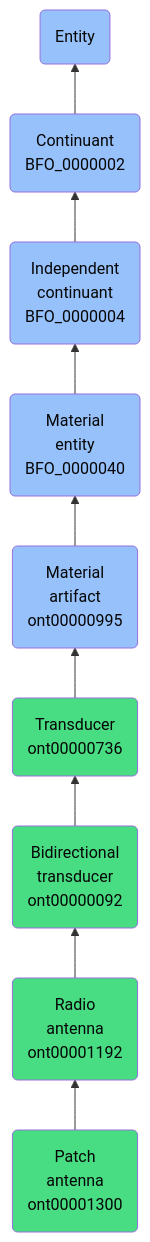
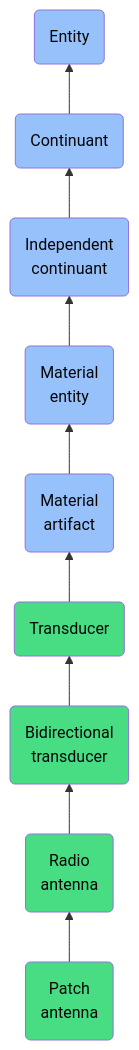
The diagram in docs/ontology/reference/model/Entity/Continuant/Independent continuant/Material entity/Material artifact/Transducer/Bidirectional transducer/Radio antenna/Patch antenna/Patch antenna.md (jupyter-naas/abi), drawn with Mermaid before and after one commit. The commit also changed other lines of this file and 1430 other files, not shown here.

````diff
--- a/docs/ontology/reference/model/Entity/Continuant/Independent continuant/Material entity/Material artifact/Transducer/Bidirectional transducer/Radio antenna/Patch antenna/Patch antenna.md
+++ b/docs/ontology/reference/model/Entity/Continuant/Independent continuant/Material entity/Material artifact/Transducer/Bidirectional transducer/Radio antenna/Patch antenna/Patch antenna.md
@@ -25,16 +25,16 @@
 ```mermaid
 graph BT
-    ont00001300(Patch<br>antenna<br>ont00001300):::ABI-->ont00001192
-    ont00001192(Radio<br>antenna<br>ont00001192):::ABI-->ont00000092
-    ont00000092(Bidirectional<br>transducer<br>ont00000092):::ABI-->ont00000736
-    ont00000736(Transducer<br>ont00000736):::ABI-->ont00000995
-    ont00000995(Material<br>artifact<br>ont00000995):::BFO-->BFO_0000040
-    BFO_0000040(Material<br>entity<br>BFO_0000040):::BFO-->BFO_0000004
-    BFO_0000004(Independent<br>continuant<br>BFO_0000004):::BFO-->BFO_0000002
-    BFO_0000002(Continuant<br>BFO_0000002):::BFO-->BFO_0000001
+    ont00001300(Patch<br>antenna):::ABI-->ont00001192
+    ont00001192(Radio<br>antenna):::ABI-->ont00000092
+    ont00000092(Bidirectional<br>transducer):::ABI-->ont00000736
+    ont00000736(Transducer):::ABI-->ont00000995
+    ont00000995(Material<br>artifact):::BFO-->BFO_0000040
+    BFO_0000040(Material<br>entity):::BFO-->BFO_0000004
+    BFO_0000004(Independent<br>continuant):::BFO-->BFO_0000002
+    BFO_0000002(Continuant):::BFO-->BFO_0000001
     BFO_0000001(Entity):::BFO
     
     classDef BFO fill:#97c1fb,color:#060606
     classDef CCO fill:#e4c51e,color:#060606
     classDef ABI fill:#48DD82,color:#060606
 ```
````
